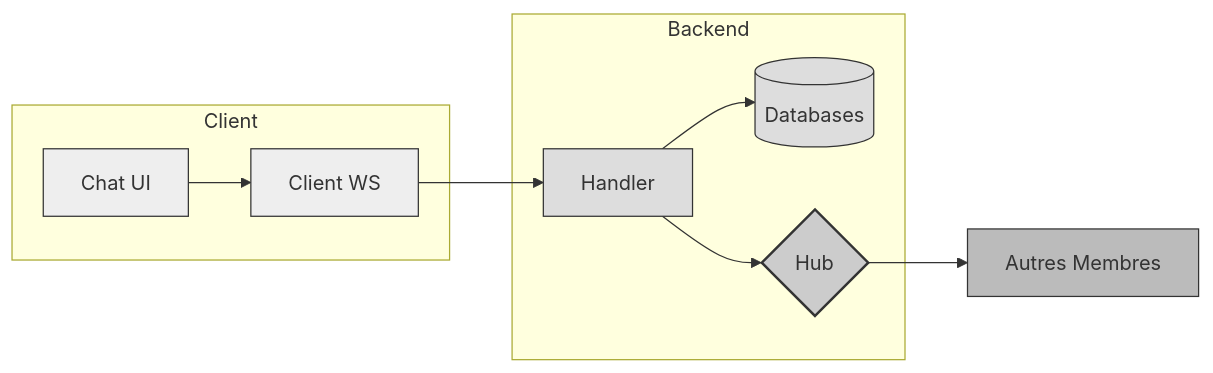
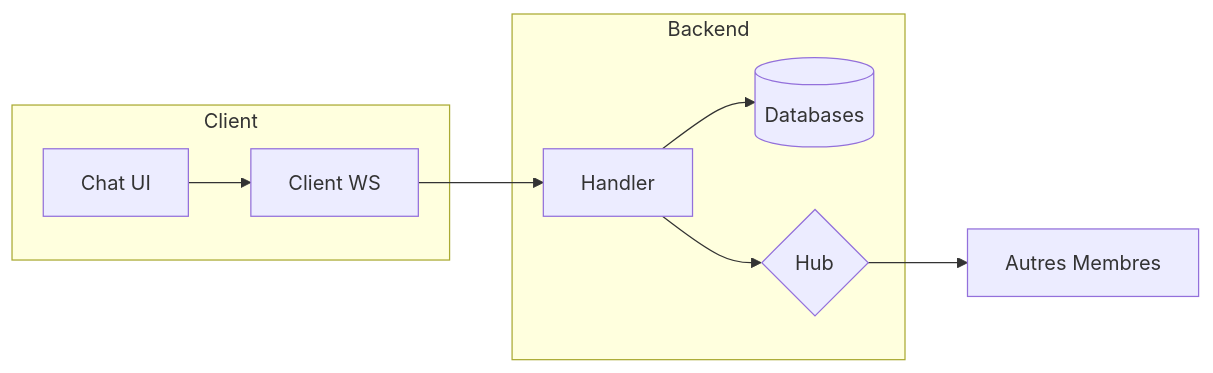
Before and after one commit to florian-billon/voisins-connect: the second of 4 diagrams in README.md, drawn with Mermaid. The commit also changed other lines of this file, not shown here.

Commit message:
docs: restore default colors for Mermaid diagrams

````diff
--- a/README.md
+++ b/README.md
@@ -338,21 +330,14 @@
 ```mermaid
 graph LR
     subgraph Client
         UI[Chat UI] --> WS_C[Client WS]
     end
 
     subgraph Server [Backend]
         WS_C --> WS_S[Handler]
         WS_S --> DB[(Databases)]
         WS_S --> Hub{Hub}
     end
 
     Hub --> WS_O[Autres Membres]
-
-    style UI fill:#eee,stroke:#333
-    style WS_C fill:#eee,stroke:#333
-    style WS_S fill:#ddd,stroke:#333
-    style DB fill:#ddd,stroke:#333
-    style Hub fill:#ccc,stroke:#333,stroke-width:2px
-    style WS_O fill:#bbb,stroke:#333
 ```
````
